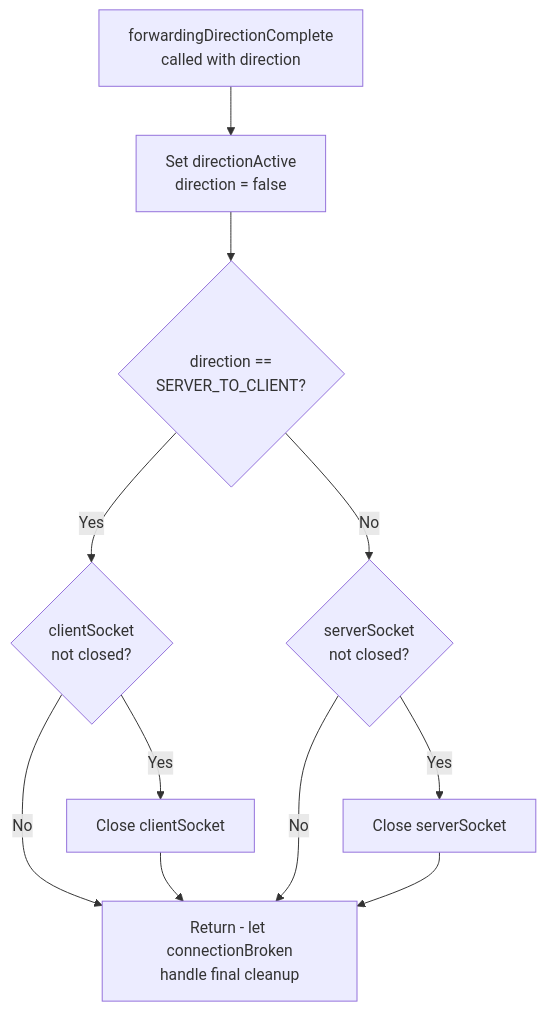
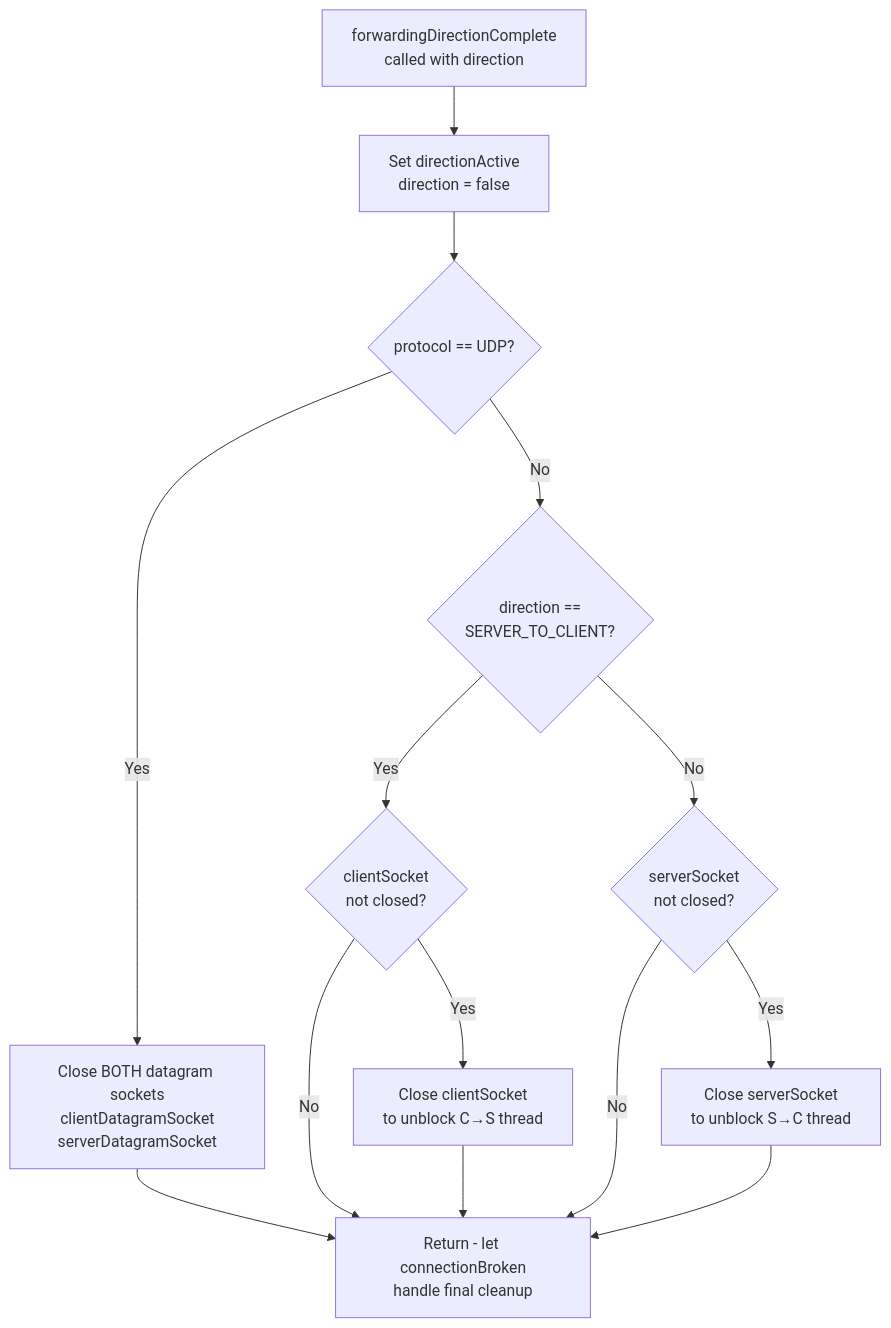
Before and after one commit to Warpguru/JavaForwarder: the eighth of 19 diagrams in src/at/test/forwarder/Architecture.md, drawn with Mermaid. The commit also changed other lines of this file, not shown here.

````diff
--- a/src/at/test/forwarder/Architecture.md
+++ b/src/at/test/forwarder/Architecture.md
@@ -311,18 +326,22 @@
 ```mermaid
 flowchart TD
     A[forwardingDirectionComplete<br/>called with direction] --> B[Set directionActive<br/>direction = false]
     
-    B --> C{direction ==<br/>SERVER_TO_CLIENT?}
+    B --> P{protocol == UDP?}
+    P -->|Yes| Q[Close BOTH datagram sockets<br/>clientDatagramSocket<br/>serverDatagramSocket]
+    Q --> G
+    
+    P -->|No| C{direction ==<br/>SERVER_TO_CLIENT?}
     
     C -->|Yes| D{clientSocket<br/>not closed?}
-    D -->|Yes| E[Close clientSocket]
+    D -->|Yes| E[Close clientSocket<br/>to unblock C→S thread]
     D -->|No| G
     E --> G
     
     C -->|No| F{serverSocket<br/>not closed?}
-    F -->|Yes| H[Close serverSocket]
+    F -->|Yes| H[Close serverSocket<br/>to unblock S→C thread]
     F -->|No| G
     H --> G
     
     G[Return - let connectionBroken<br/>handle final cleanup]
 ```
````
